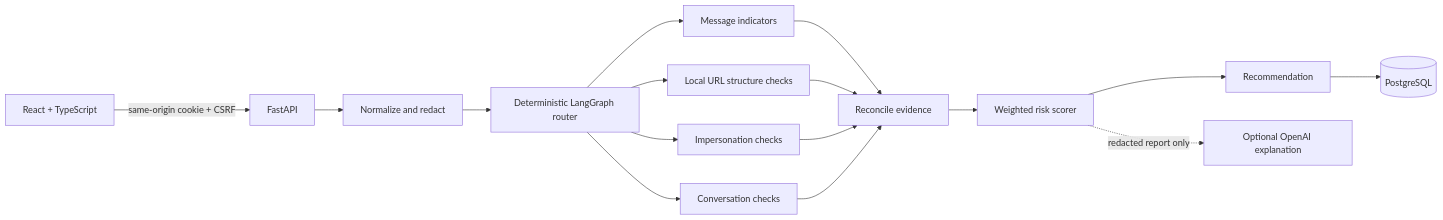
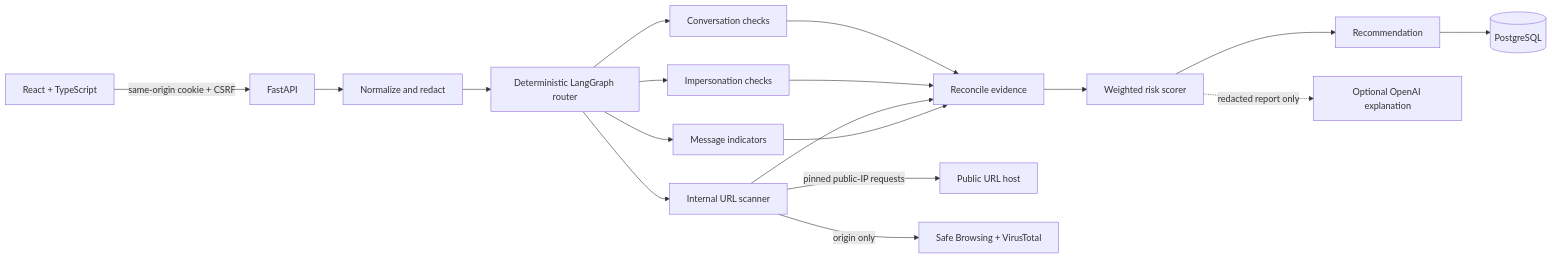
One commit to pallavi-rayasam/scamguard changed the diagram in docs/architecture/architecture.md. Above: the diagram before and after it, drawn with Mermaid. The commit also changed other lines of this file and 28 other files, not shown here.

Commit message:
feat(url-scanner): add SSRF guard, URL analysis and threat-intel clients

````diff
--- a/docs/architecture/architecture.md
+++ b/docs/architecture/architecture.md
@@ -11,18 +11,20 @@
 ```mermaid
 flowchart LR
   Browser[React + TypeScript] -->|same-origin cookie + CSRF| API[FastAPI]
   API --> Redact[Normalize and redact]
   Redact --> Router[Deterministic LangGraph router]
   Router --> Msg[Message indicators]
-  Router --> URL[Local URL structure checks]
+  Router --> URL[Internal URL scanner]
   Router --> Imp[Impersonation checks]
   Router --> Conv[Conversation checks]
   Msg --> Reconcile[Reconcile evidence]
   URL --> Reconcile
   Imp --> Reconcile
   Conv --> Reconcile
+  URL -->|pinned public-IP requests| Web[Public URL host]
+  URL -->|origin only| Intel[Safe Browsing + VirusTotal]
   Reconcile --> Score[Weighted risk scorer]
   Score --> Rec[Recommendation]
   Rec --> PG[(PostgreSQL)]
   Score -. redacted report only .-> LLM[Optional OpenAI explanation]
 ```
````
